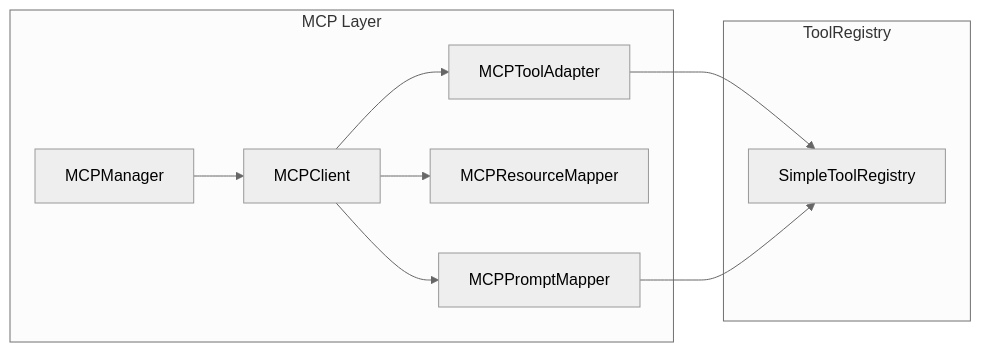
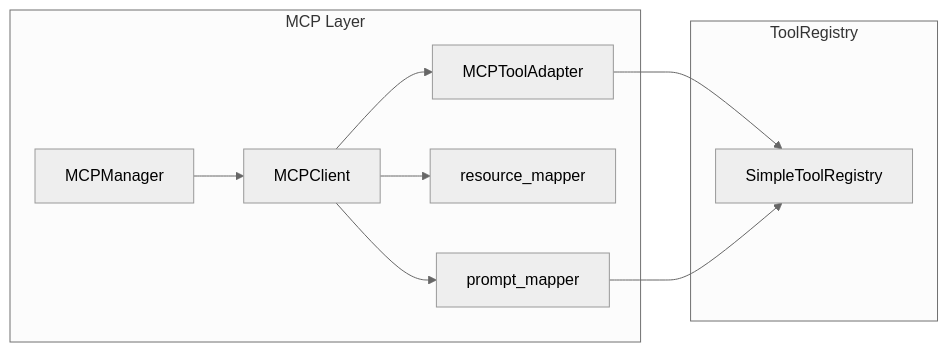
The fifth of 5 diagrams in README.md (pese-git/codelab-agent), drawn with Mermaid (neutral theme) before and after one commit. The commit also changed other lines of this file and 7 other files, not shown here.

````diff
--- a/README.md
+++ b/README.md
@@ -739,21 +745,21 @@
 ```mermaid
 graph LR
     subgraph MCP["MCP Layer"]
         MM[MCPManager]
         MC[MCPClient]
         MT[MCPToolAdapter]
-        MR[MCPResourceMapper]
-        MP[MCPPromptMapper]
+        MR[resource_mapper]
+        MP[prompt_mapper]
     end
     
     subgraph Tools["ToolRegistry"]
         TR[SimpleToolRegistry]
     end
     
     MM --> MC
     MC --> MT
     MC --> MR
     MC --> MP
     MT --> TR
     MP --> TR
 ```
````
